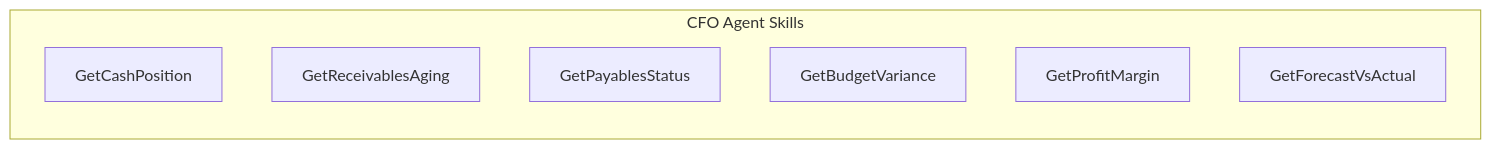
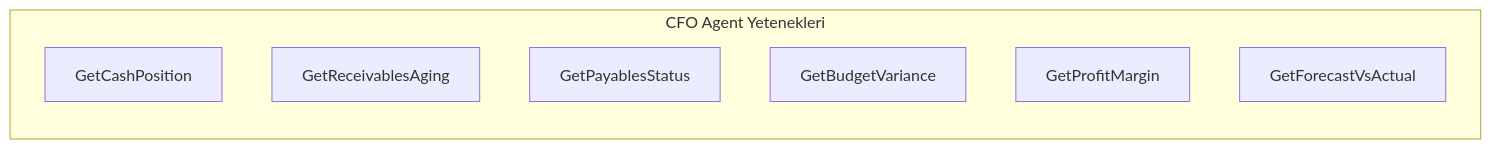
One commit to beyhanmeyrali/sap-all changed the third of 7 diagrams in Technical Tutorials/BTP/TR/chapters/14-c-level-agents.md. Above: the diagram before and after it, drawn with Mermaid. The commit also changed other lines of this file and 11 other files, not shown here.

````diff
--- a/Technical Tutorials/BTP/TR/chapters/14-c-level-agents.md
+++ b/Technical Tutorials/BTP/TR/chapters/14-c-level-agents.md
@@ -114,11 +115,11 @@
 ```mermaid
 graph LR
-    subgraph "CFO Agent Skills"
+    subgraph "CFO Agent Yetenekleri"
         S1[GetCashPosition]
         S2[GetReceivablesAging]
         S3[GetPayablesStatus]
         S4[GetBudgetVariance]
         S5[GetProfitMargin]
         S6[GetForecastVsActual]
     end
 ```
````
